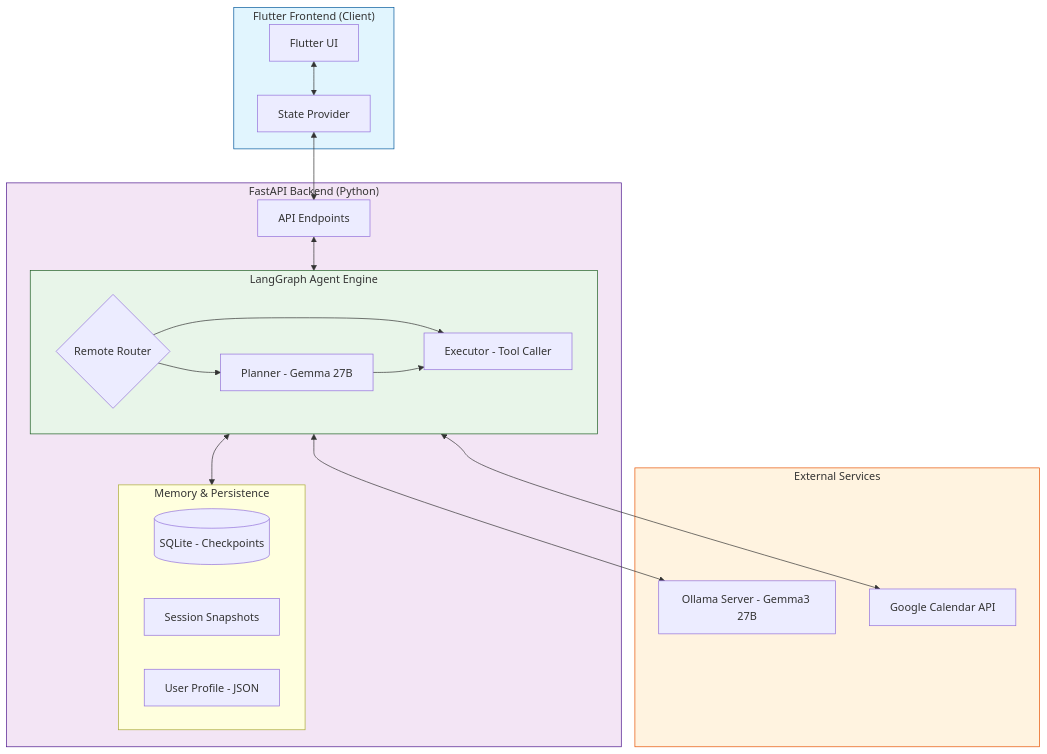
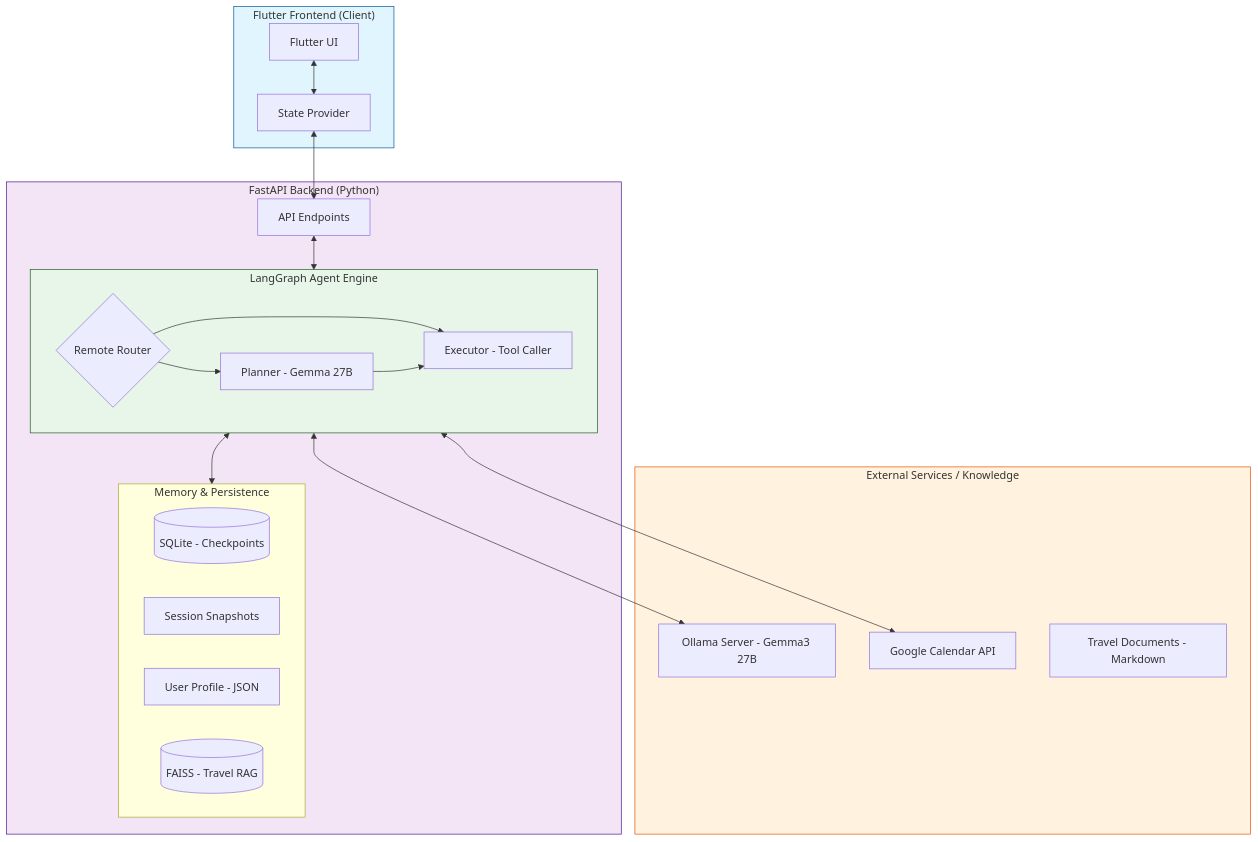
Before and after one commit to kc9302/AI_Assistant: the first of 3 diagrams in README.md, drawn with Mermaid. The commit also changed other lines of this file and 9 other files, not shown here.

````diff
--- a/README.md
+++ b/README.md
@@ -39,44 +39,46 @@
 ```mermaid
 graph TB
     subgraph Client ["Flutter Frontend (Client)"]
         UI["Flutter UI"]
         Prov["State Provider"]
         UI <--> Prov
     end
 
     subgraph Backend ["FastAPI Backend (Python)"]
         API["API Endpoints"]
         
         subgraph Agent ["LangGraph Agent Engine"]
             Router{Remote Router}
             Planner["Planner - Gemma 27B"]
             Executor["Executor - Tool Caller"]
             Router --> Planner
             Router --> Executor
             Planner --> Executor
         end
         
         subgraph Storage ["Memory & Persistence"]
             DB[("SQLite - Checkpoints")]
             Sess["Session Snapshots"]
             Profile["User Profile - JSON"]
+            VectorDB[("FAISS - Travel RAG")]
         end
 
         API <--> Agent
         Agent <--> Storage
     end
 
-    subgraph Infrastructure ["External Services"]
+    subgraph Infrastructure ["External Services / Knowledge"]
         Ollama["Ollama Server - Gemma3 27B"]
         GCal["Google Calendar API"]
+        Docs["Travel Documents - Markdown"]
     end
 
     Prov <--> API
     Agent <--> Ollama
     Agent <--> GCal
 
     style Client fill:#e1f5fe,stroke:#01579b
     style Backend fill:#f3e5f5,stroke:#4a148c
     style Infrastructure fill:#fff3e0,stroke:#e65100
     style Agent fill:#e8f5e9,stroke:#1b5e20
 ```
````
